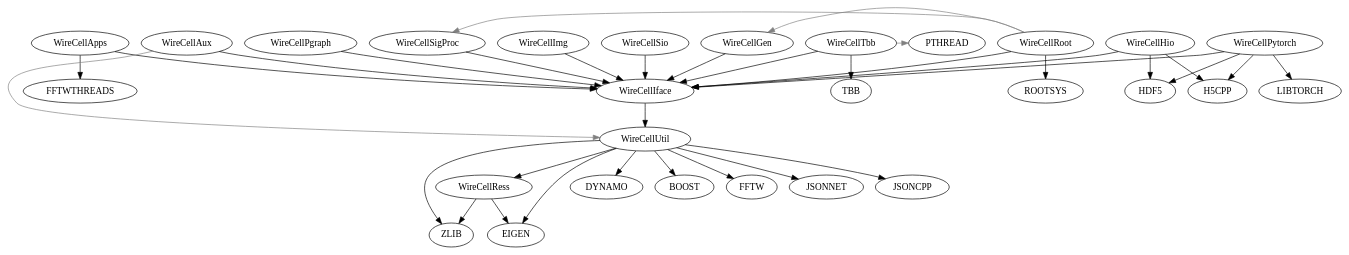
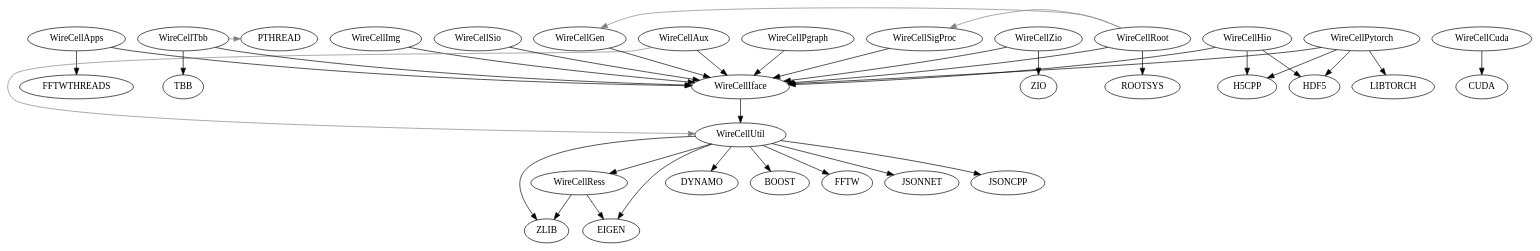
The diagram in wct-deps.dot (zhihuadong/wire-cell-toolkit), drawn with Graphviz before and after one commit. The commit also changed 4 other files, not shown here.

```diff
--- a/wct-deps.dot
+++ b/wct-deps.dot
@@ -1,50 +1,55 @@
 digraph deps {
 	"WireCellPgraph";
 	"WireCellApps";
 	"WireCellSigProc";
 	"WireCellImg";
 	"WireCellAux";
 	"WireCellTbb";
+	"WireCellCuda";
+	"WireCellZio";
 	"WireCellPytorch";
 	"WireCellSio";
 	"WireCellRess";
 	"WireCellIface";
 	"WireCellRoot";
 	"WireCellGen";
 	"WireCellHio";
 	"WireCellUtil";
 	"WireCellPytorch" -> "HDF5"[color="black"];
 	"WireCellApps" -> "FFTWTHREADS"[color="black"];
 	"WireCellRess" -> "ZLIB"[color="black"];
 	"WireCellUtil" -> "DYNAMO"[color="black"];
 	"WireCellAux" -> "WireCellIface"[color="black"];
 	"WireCellUtil" -> "BOOST"[color="black"];
 	"WireCellUtil" -> "ZLIB"[color="black"];
 	"WireCellHio" -> "H5CPP"[color="black"];
 	"WireCellPgraph" -> "WireCellIface"[color="black"];
 	"WireCellHio" -> "HDF5"[color="black"];
 	"WireCellAux" -> "WireCellUtil"[color="gray",constraint=false];
+	"WireCellZio" -> "WireCellIface"[color="black"];
 	"WireCellSigProc" -> "WireCellIface"[color="black"];
 	"WireCellTbb" -> "WireCellIface"[color="black"];
 	"WireCellGen" -> "WireCellIface"[color="black"];
+	"WireCellZio" -> "ZIO"[color="black"];
 	"WireCellRoot" -> "WireCellIface"[color="black"];
 	"WireCellImg" -> "WireCellIface"[color="black"];
 	"WireCellUtil" -> "EIGEN"[color="black"];
 	"WireCellRoot" -> "ROOTSYS"[color="black"];
 	"WireCellUtil" -> "WireCellRess"[color="black"];
+	"WireCellCuda" -> "CUDA"[color="black"];
 	"WireCellRoot" -> "WireCellSigProc"[color="gray",constraint=false];
 	"WireCellTbb" -> "PTHREAD"[color="gray",constraint=false];
 	"WireCellPytorch" -> "H5CPP"[color="black"];
 	"WireCellRoot" -> "WireCellGen"[color="gray",constraint=false];
 	"WireCellUtil" -> "FFTW"[color="black"];
 	"WireCellHio" -> "WireCellIface"[color="black"];
 	"WireCellSio" -> "WireCellIface"[color="black"];
 	"WireCellPytorch" -> "WireCellIface"[color="black"];
 	"WireCellPytorch" -> "LIBTORCH"[color="black"];
 	"WireCellUtil" -> "JSONNET"[color="black"];
 	"WireCellRess" -> "EIGEN"[color="black"];
 	"WireCellIface" -> "WireCellUtil"[color="black"];
 	"WireCellTbb" -> "TBB"[color="black"];
 	"WireCellApps" -> "WireCellIface"[color="black"];
 	"WireCellUtil" -> "JSONCPP"[color="black"];
 }
```
